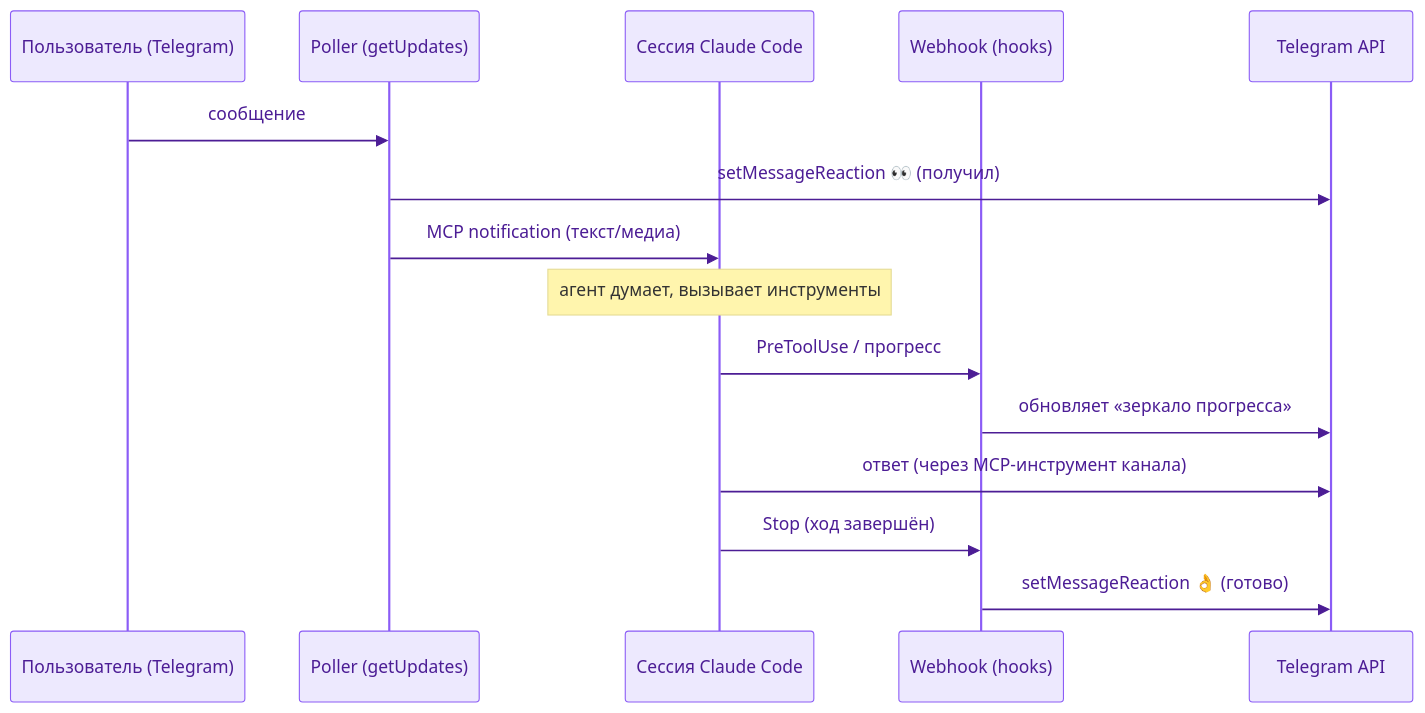
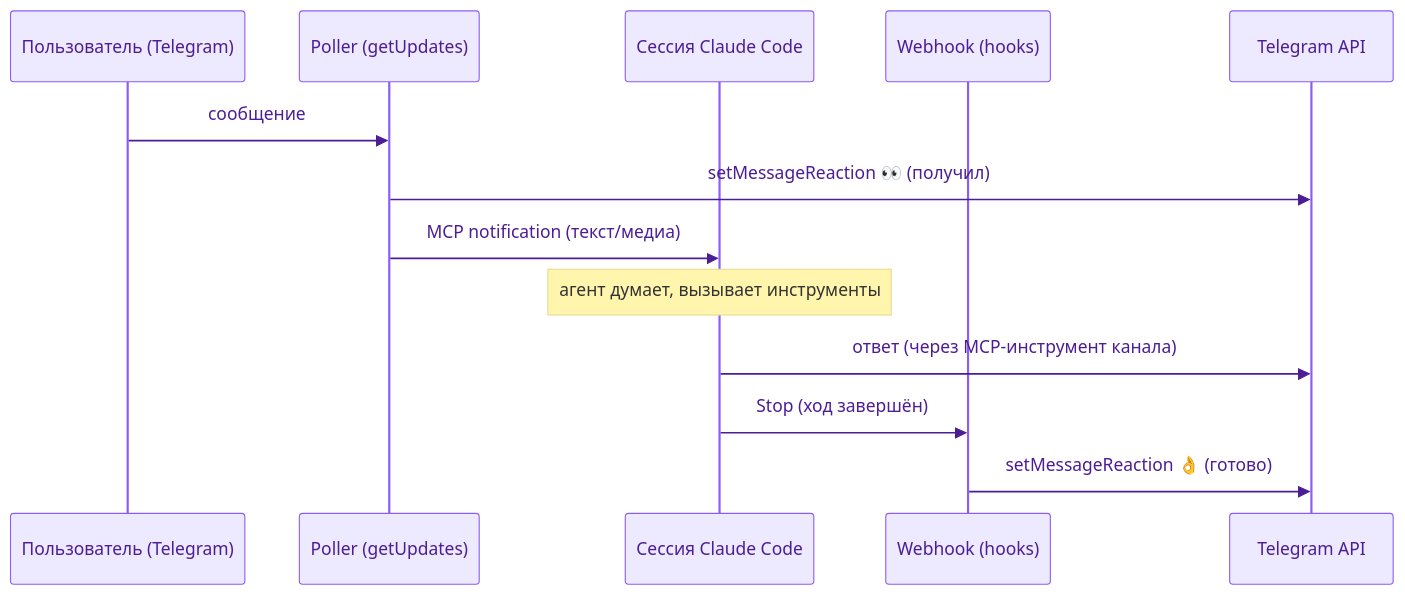
The second of 2 diagrams in tg-plugin/README.ru.md (dediukhinpa/labops-ai-assistant), drawn with Mermaid before and after one commit. The commit also changed other lines of this file and 20 other files, not shown here.

````diff
--- a/tg-plugin/README.ru.md
+++ b/tg-plugin/README.ru.md
@@ -171,19 +168,17 @@
 ```mermaid
 %%{init: {'theme':'base','themeVariables':{'primaryColor':'#EDE9FE','primaryTextColor':'#4C1D95','primaryBorderColor':'#8B5CF6','lineColor':'#8B5CF6','secondaryColor':'#F1F5F9','tertiaryColor':'#ffffff','clusterBkg':'transparent','clusterBorder':'#B794F4','fontFamily':'Helvetica,Arial,sans-serif'}}}%%
 sequenceDiagram
     participant U as Пользователь (Telegram)
     participant P as Poller (getUpdates)
     participant S as Сессия Claude Code
     participant H as Webhook (hooks)
     participant TG as Telegram API
 
     U->>P: сообщение
     P->>TG: setMessageReaction 👀  (получил)
     P->>S: MCP notification (текст/медиа)
     Note over S: агент думает, вызывает инструменты
-    S->>H: PreToolUse / прогресс
-    H->>TG: обновляет «зеркало прогресса»
     S->>TG: ответ (через MCP-инструмент канала)
     S->>H: Stop (ход завершён)
     H->>TG: setMessageReaction 👌  (готово)
 ```
````
